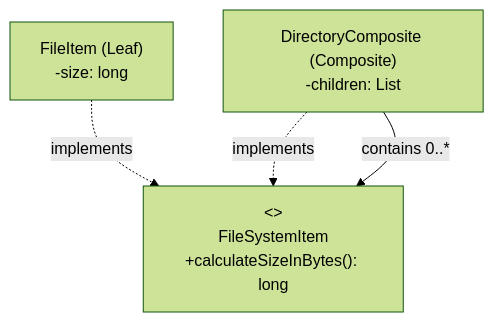
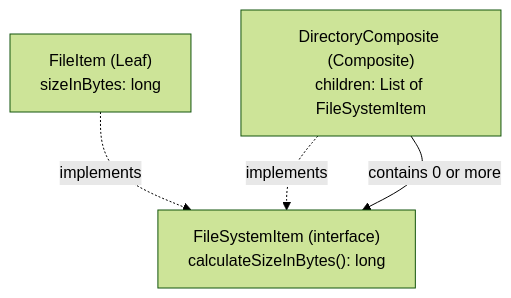
One commit to ravishankar2463/java_hub changed the fifth of 5 diagrams in content/roadmap/level-6/structural-patterns.md. Above: the diagram before and after it, drawn with Mermaid (forest theme). The commit also changed other lines of this file and 119 other files, not shown here.

Commit message:
feat: add comprehensive java learning roadmap content across multiple levels

````diff
--- a/content/roadmap/level-6/structural-patterns.md
+++ b/content/roadmap/level-6/structural-patterns.md
@@ -406,9 +465,9 @@
 ```mermaid
 flowchart TD
-    Component["<<interface>><br/>FileSystemItem<br/>+calculateSizeInBytes(): long"]
-    
-    FileLeaf["FileItem (Leaf)<br/>-size: long"] -.->|implements| Component
-    DirComposite["DirectoryComposite (Composite)<br/>-children: List<FileSystemItem>"] -.->|implements| Component
-    
-    DirComposite -->|contains 0..*| Component
+    Component["FileSystemItem (interface)<br/>calculateSizeInBytes(): long"]
+
+    FileLeaf["FileItem (Leaf)<br/>sizeInBytes: long"] -.->|"implements"| Component
+    DirComposite["DirectoryComposite (Composite)<br/>children: List of FileSystemItem"] -.->|"implements"| Component
+
+    DirComposite -->|"contains 0 or more"| Component
 ```
````
